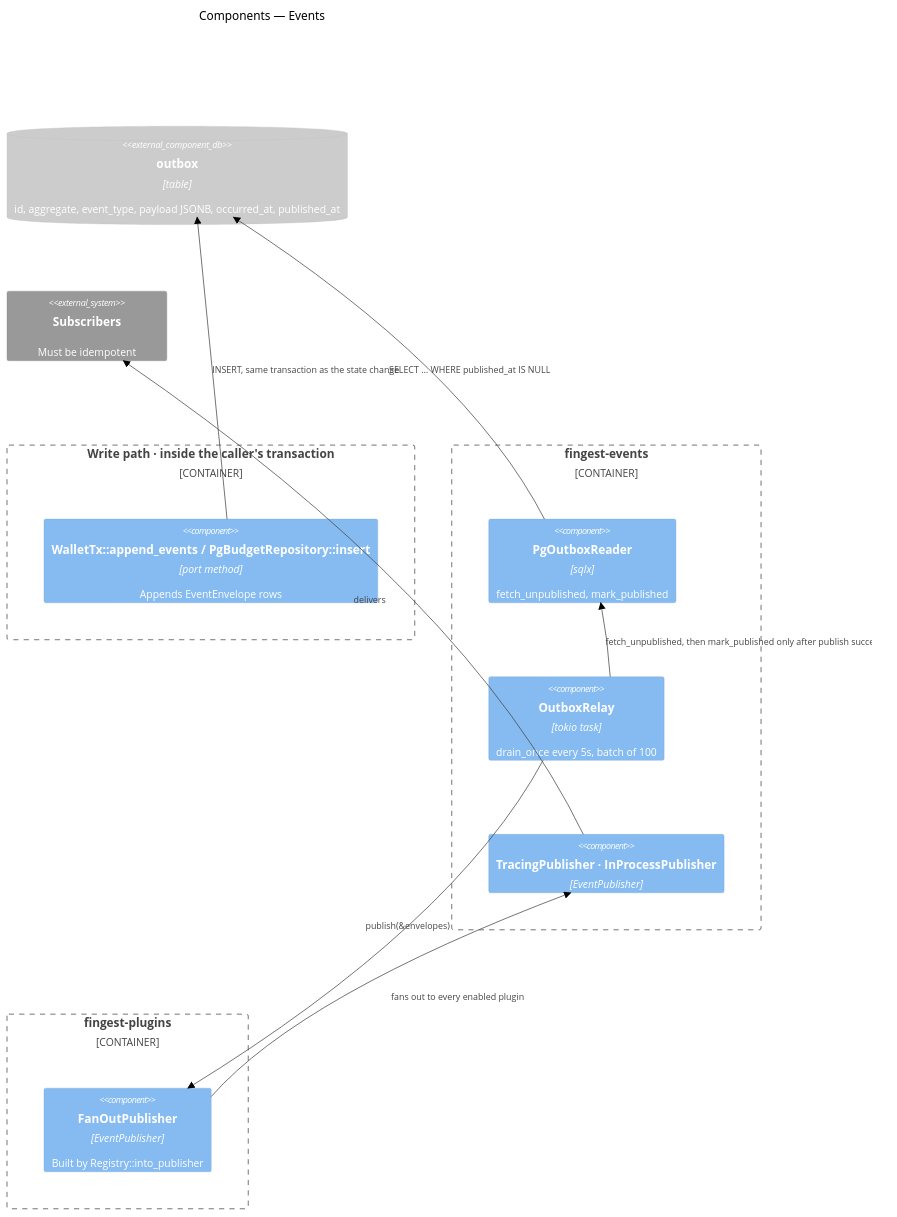
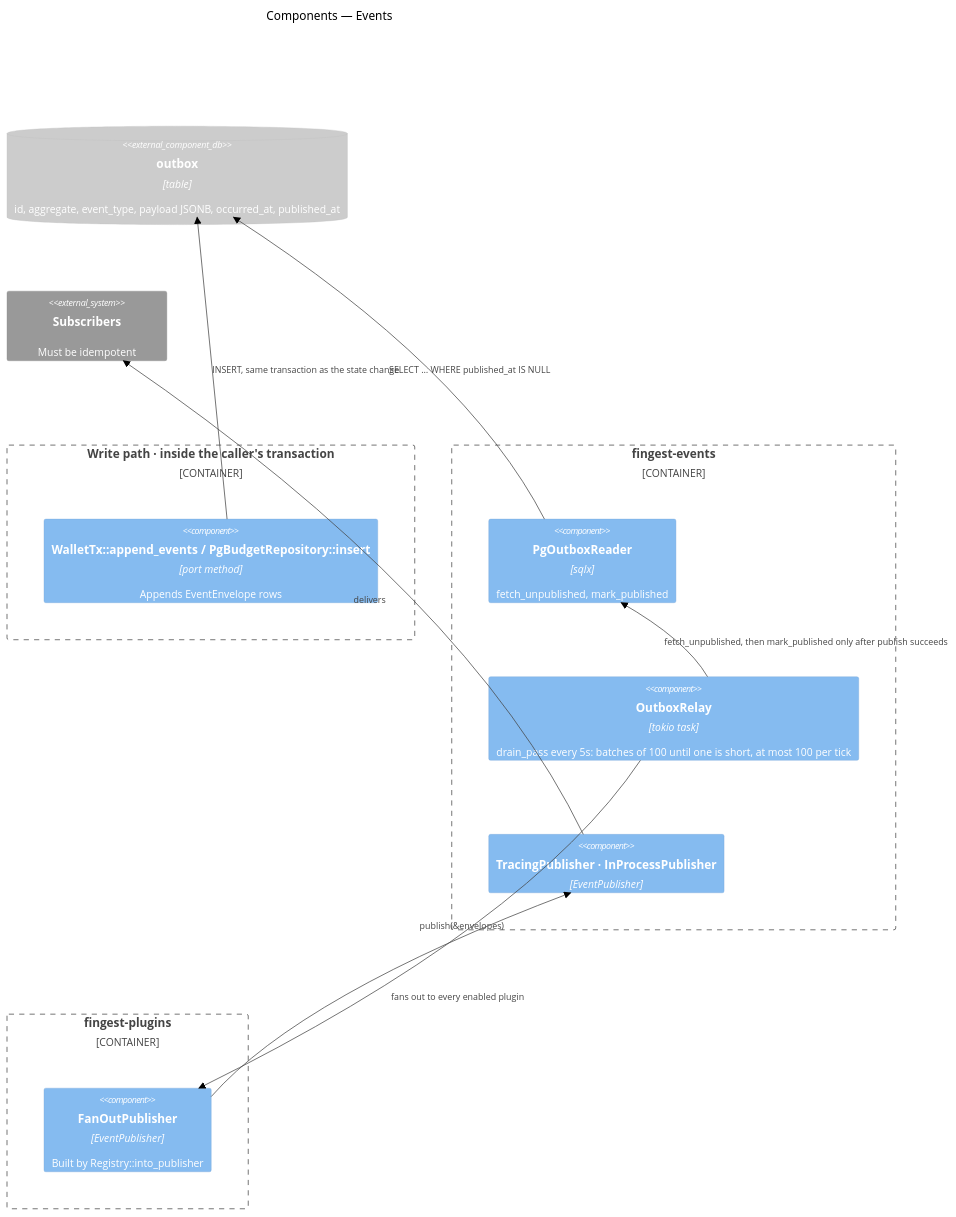
Before and after one commit to Borelli-7/fingest-rs-v2: the seventh of 10 diagrams in docs/architecture.md, drawn with Mermaid (forest theme). The commit also changed other lines of this file and 13 other files, not shown here.

````diff
--- a/docs/architecture.md
+++ b/docs/architecture.md
@@ -276,31 +276,31 @@
 ```mermaid
 C4Component
     title Components — Events
 
     Container_Boundary(write, "Write path · inside the caller's transaction") {
         Component(tx, "WalletTx::append_events / PgBudgetRepository::insert", "port method", "Appends EventEnvelope rows")
     }
 
     ComponentDb_Ext(outbox, "outbox", "table", "id, aggregate, event_type, payload JSONB, occurred_at, published_at")
 
     Container_Boundary(relaybox, "fingest-events") {
         Component(oreader, "PgOutboxReader", "sqlx", "fetch_unpublished, mark_published")
-        Component(relay, "OutboxRelay", "tokio task", "drain_once every 5s, batch of 100")
+        Component(relay, "OutboxRelay", "tokio task", "drain_pass every 5s: batches of 100 until one is short, at most 100 per tick")
         Component(pubs, "TracingPublisher · InProcessPublisher", "EventPublisher", "")
     }
 
     Container_Boundary(pluginbox, "fingest-plugins") {
         Component(fan, "FanOutPublisher", "EventPublisher", "Built by Registry::into_publisher")
     }
 
     System_Ext(subs, "Subscribers", "Must be idempotent")
 
     Rel(tx, outbox, "INSERT, same transaction as the state change")
     Rel(relay, oreader, "fetch_unpublished, then mark_published only after publish succeeds")
     Rel(oreader, outbox, "SELECT … WHERE published_at IS NULL")
     Rel(relay, fan, "publish(&envelopes)")
     Rel(fan, pubs, "fans out to every enabled plugin")
     Rel(pubs, subs, "delivers")
 
     UpdateLayoutConfig($c4ShapeInRow="3", $c4BoundaryInRow="2")
 ```
````
